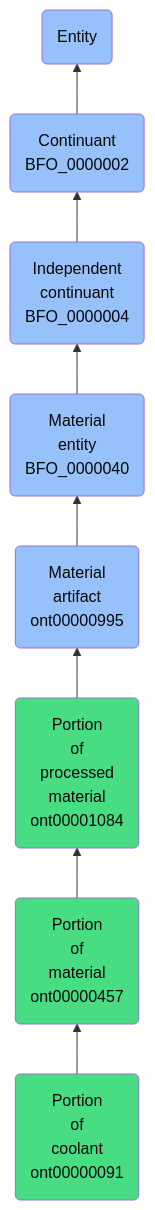
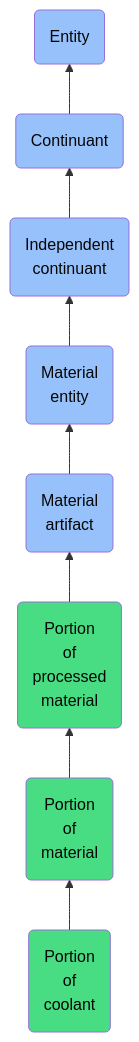
Before and after one commit to jupyter-naas/abi: the diagram in docs/ontology/reference/model/Entity/Continuant/Independent continuant/Material entity/Material artifact/Portion of processed material/Portion of material/Portion of coolant/Portion of coolant.md, drawn with Mermaid. The commit also changed other lines of this file and 1430 other files, not shown here.

````diff
--- a/docs/ontology/reference/model/Entity/Continuant/Independent continuant/Material entity/Material artifact/Portion of processed material/Portion of material/Portion of coolant/Portion of coolant.md
+++ b/docs/ontology/reference/model/Entity/Continuant/Independent continuant/Material entity/Material artifact/Portion of processed material/Portion of material/Portion of coolant/Portion of coolant.md
@@ -24,15 +24,15 @@
 ```mermaid
 graph BT
-    ont00000091(Portion<br>of<br>coolant<br>ont00000091):::ABI-->ont00000457
-    ont00000457(Portion<br>of<br>material<br>ont00000457):::ABI-->ont00001084
-    ont00001084(Portion<br>of<br>processed<br>material<br>ont00001084):::ABI-->ont00000995
-    ont00000995(Material<br>artifact<br>ont00000995):::BFO-->BFO_0000040
-    BFO_0000040(Material<br>entity<br>BFO_0000040):::BFO-->BFO_0000004
-    BFO_0000004(Independent<br>continuant<br>BFO_0000004):::BFO-->BFO_0000002
-    BFO_0000002(Continuant<br>BFO_0000002):::BFO-->BFO_0000001
+    ont00000091(Portion<br>of<br>coolant):::ABI-->ont00000457
+    ont00000457(Portion<br>of<br>material):::ABI-->ont00001084
+    ont00001084(Portion<br>of<br>processed<br>material):::ABI-->ont00000995
+    ont00000995(Material<br>artifact):::BFO-->BFO_0000040
+    BFO_0000040(Material<br>entity):::BFO-->BFO_0000004
+    BFO_0000004(Independent<br>continuant):::BFO-->BFO_0000002
+    BFO_0000002(Continuant):::BFO-->BFO_0000001
     BFO_0000001(Entity):::BFO
     
     classDef BFO fill:#97c1fb,color:#060606
     classDef CCO fill:#e4c51e,color:#060606
     classDef ABI fill:#48DD82,color:#060606
 ```
````
